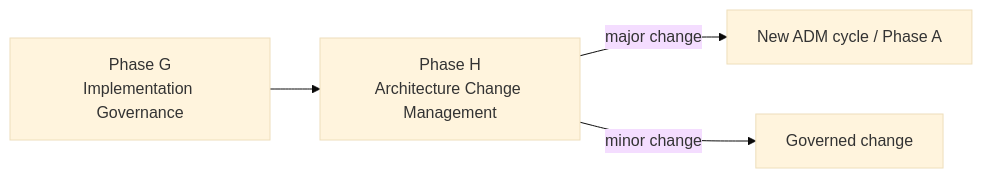
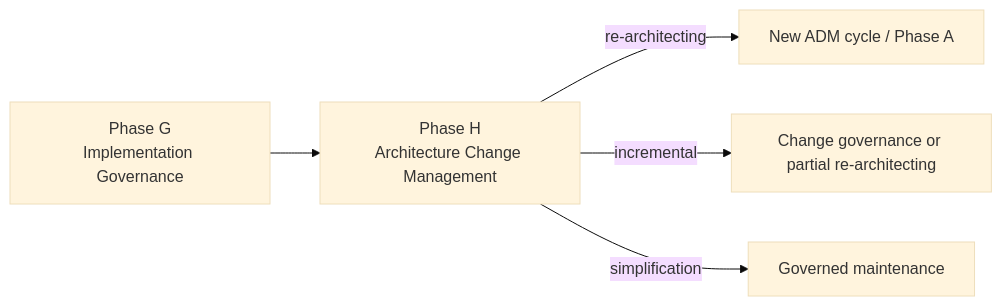
The diagram in 02-adm/10-phase-h-architecture-change-management.md (zdmooc/togaf-ogea-103-combined-certification-prep), drawn with Mermaid (base theme) before and after one commit. The commit also changed other lines of this file and 40 other files, not shown here.

````diff
--- a/02-adm/10-phase-h-architecture-change-management.md
+++ b/02-adm/10-phase-h-architecture-change-management.md
@@ -32,6 +32,7 @@
 ```mermaid
 flowchart LR
 G[Phase G\nImplementation Governance] --> H[Phase H\nArchitecture Change Management]
-H -->|major change| A[New ADM cycle / Phase A]
-H -->|minor change| GOV[Governed change]
+H -->|re-architecting| A[New ADM cycle / Phase A]
+H -->|incremental| I[Change governance or partial re-architecting]
+H -->|simplification| GOV[Governed maintenance]
 ```
````
